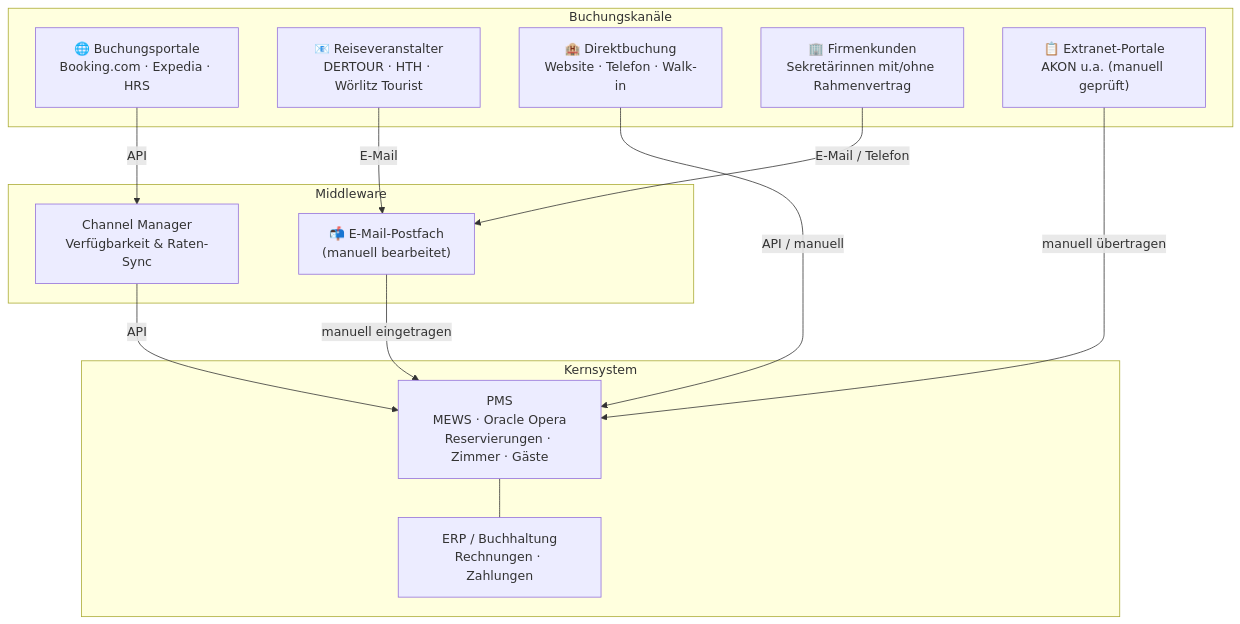
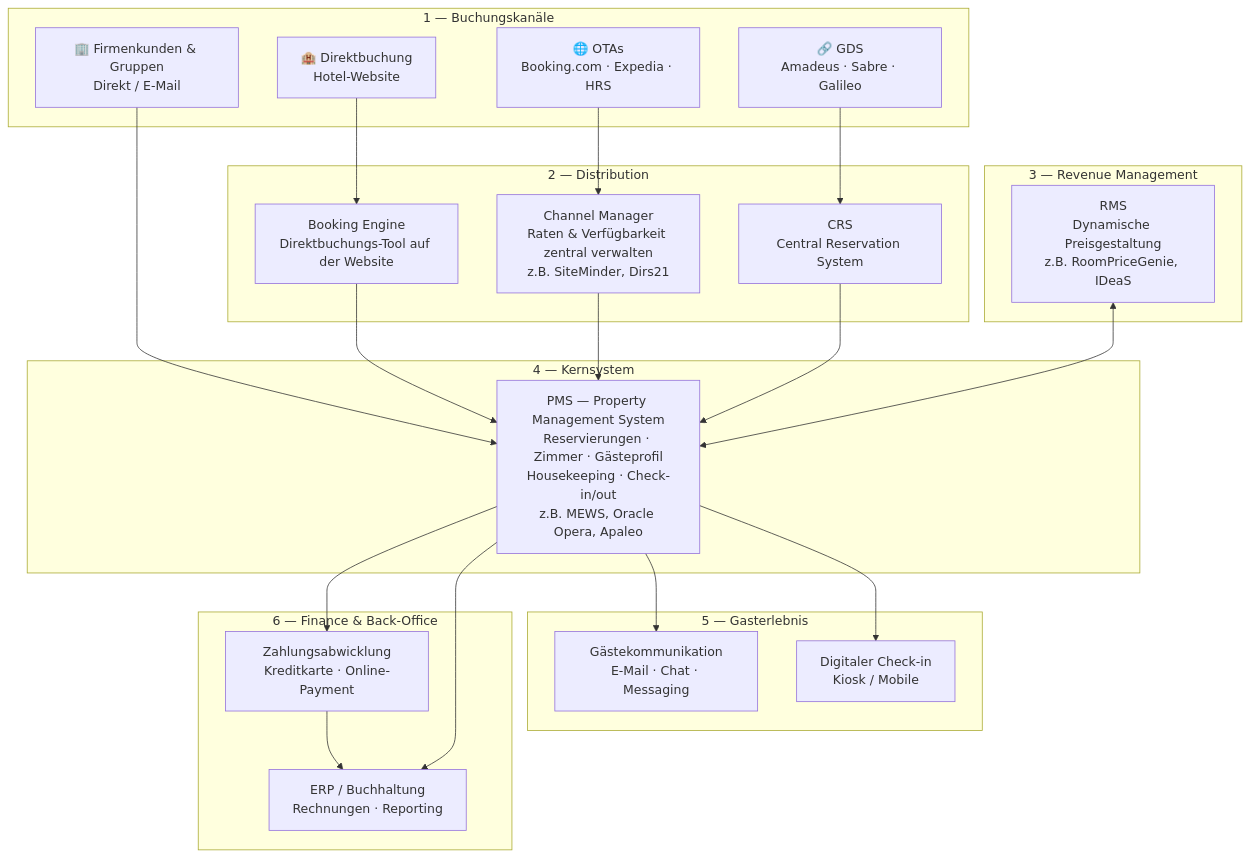
The diagram in docs/business-model/discussion.md (torelain/hospitalityai), drawn with Mermaid before and after one commit. The commit also changed other lines of this file, not shown here.

Commit message:
docs(business-model): replace hotel tech stack with research-based diagram

````diff
--- a/docs/business-model/discussion.md
+++ b/docs/business-model/discussion.md
@@ -5,30 +7,50 @@
 ```mermaid
 flowchart TD
 
-    subgraph Channels["Buchungskanäle"]
-        OTA["🌐 Buchungsportale\nBooking.com · Expedia · HRS"]
-        Agency["📧 Reiseveranstalter\nDERTOUR · HTH · Wörlitz Tourist"]
-        Direct["🏨 Direktbuchung\nWebsite · Telefon · Walk-in"]
-        Corporate["🏢 Firmenkunden\nSekretärinnen mit/ohne Rahmenvertrag"]
-        Extranet["📋 Extranet-Portale\nAKON u.a. (manuell geprüft)"]
+    subgraph Channels["1 — Buchungskanäle"]
+        OTA["🌐 OTAs\nBooking.com · Expedia · HRS"]
+        GDS["🔗 GDS\nAmadeus · Sabre · Galileo"]
+        Direct["🏨 Direktbuchung\nHotel-Website"]
+        Corporate["🏢 Firmenkunden & Gruppen\nDirekt / E-Mail"]
     end
 
-    subgraph Middleware["Middleware"]
-        CM["Channel Manager\nVerfügbarkeit & Raten-Sync"]
-        Email["📬 E-Mail-Postfach\n(manuell bearbeitet)"]
+    subgraph Distribution["2 — Distribution"]
+        BE["Booking Engine\nDirektbuchungs-Tool auf der Website"]
+        CM["Channel Manager\nRaten & Verfügbarkeit zentral verwalten\nz.B. SiteMinder, Dirs21"]
+        CRS["CRS\nCentral Reservation System"]
     end
 
-    subgraph Core["Kernsystem"]
-        PMS["PMS\nMEWS · Oracle Opera\nReservierungen · Zimmer · Gäste"]
-        ERP["ERP / Buchhaltung\nRechnungen · Zahlungen"]
+    subgraph Revenue["3 — Revenue Management"]
+        RMS["RMS\nDynamische Preisgestaltung\nz.B. RoomPriceGenie, IDeaS"]
     end
 
-    OTA -->|API| CM
-    CM -->|API| PMS
-    Agency -->|E-Mail| Email
-    Corporate -->|E-Mail / Telefon| Email
-    Direct -->|API / manuell| PMS
-    Extranet -->|manuell übertragen| PMS
-    Email -->|manuell eingetragen| PMS
-    PMS --- ERP
+    subgraph Core["4 — Kernsystem"]
+        PMS["PMS — Property Management System\nReservierungen · Zimmer · Gästeprofil\nHousekeeping · Check-in/out\nz.B. MEWS, Oracle Opera, Apaleo"]
+    end
+
+    subgraph GuestExp["5 — Gasterlebnis"]
+        MSG["Gästekommunikation\nE-Mail · Chat · Messaging"]
+        Checkin["Digitaler Check-in\nKiosk / Mobile"]
+    end
+
+    subgraph Finance["6 — Finance & Back-Office"]
+        PAY["Zahlungsabwicklung\nKreditkarte · Online-Payment"]
+        ERP["ERP / Buchhaltung\nRechnungen · Reporting"]
+    end
+
+    OTA --> CM
+    GDS --> CRS
+    Direct --> BE
+    Corporate --> PMS
+
+    BE --> PMS
+    CM --> PMS
+    CRS --> PMS
+    RMS <--> PMS
+
+    PMS --> MSG
+    PMS --> Checkin
+    PMS --> PAY
+    PAY --> ERP
+    PMS --> ERP
 ```
````
